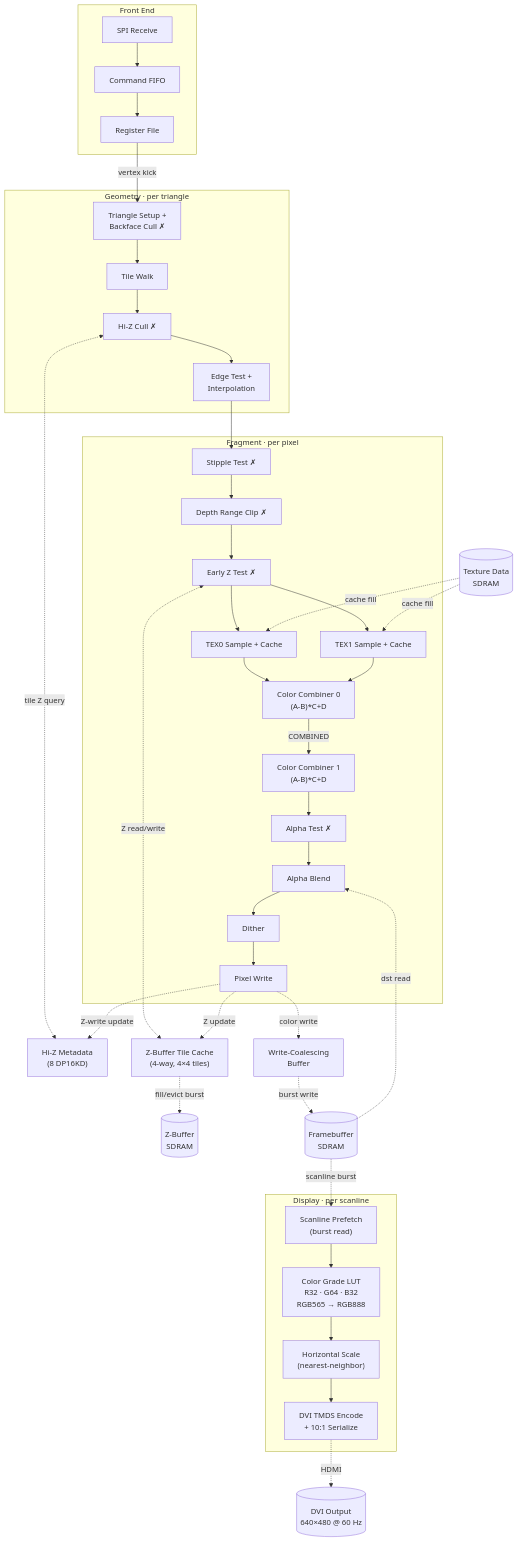
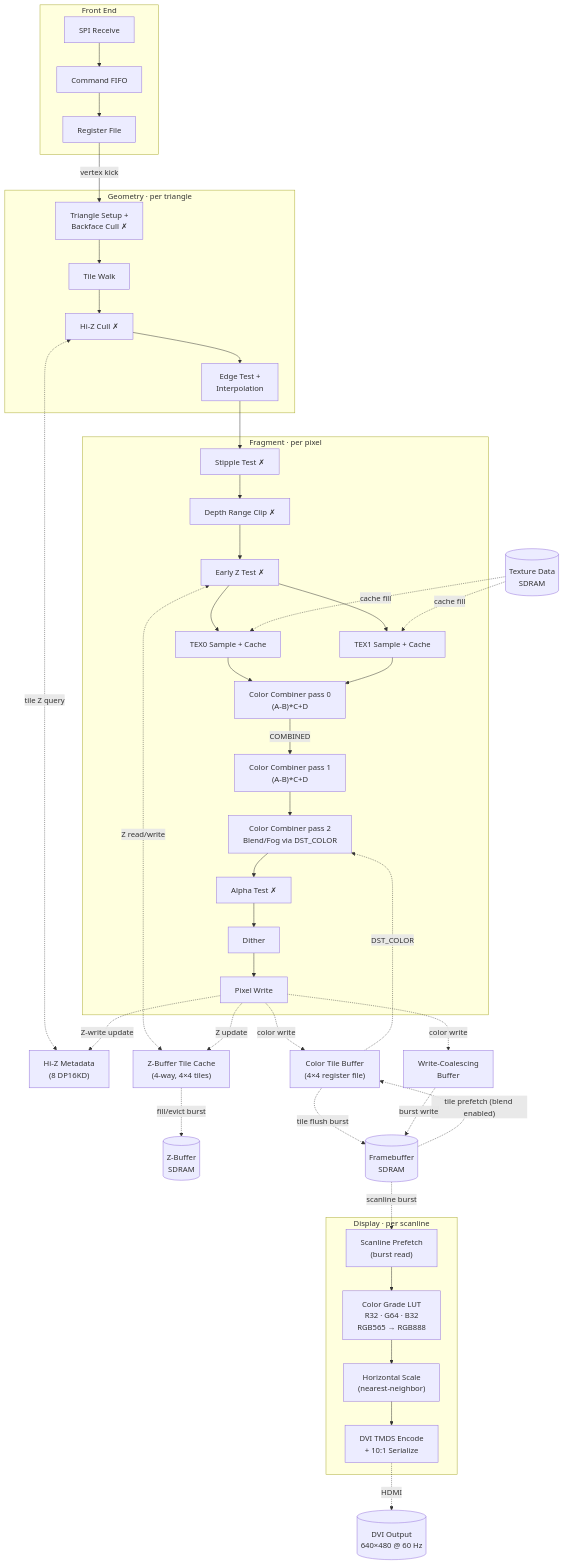
Before and after one commit to londey/pico-gs: the first of 2 diagrams in ARCHITECTURE.md, drawn with Mermaid. The commit also changed other lines of this file and 63 other files, not shown here.

````diff
--- a/ARCHITECTURE.md
+++ b/ARCHITECTURE.md
@@ -100,59 +105,63 @@
 ```mermaid
 flowchart TD
     subgraph front["Front End"]
         SPI["SPI Receive"] --> FIFO["Command FIFO"] --> REG["Register File"]
     end
 
     subgraph geom["Geometry · per triangle"]
         SETUP["Triangle Setup +<br/>Backface Cull ✗"] --> TILE["Tile Walk"] --> HIZ_CULL["Hi-Z Cull ✗"] --> EDGE["Edge Test +<br/>Interpolation"]
     end
 
     subgraph frag["Fragment · per pixel"]
         STIP["Stipple Test ✗"]
         ZRC["Depth Range Clip ✗"]
         EZ["Early Z Test ✗"]
         TEX0["TEX0 Sample + Cache"]
         TEX1["TEX1 Sample + Cache"]
-        CC0["Color Combiner 0<br/>(A-B)*C+D"]
-        CC1["Color Combiner 1<br/>(A-B)*C+D"]
+        CC0["Color Combiner pass 0<br/>(A-B)*C+D"]
+        CC1["Color Combiner pass 1<br/>(A-B)*C+D"]
+        CC2["Color Combiner pass 2<br/>Blend/Fog via DST_COLOR"]
         AT["Alpha Test ✗"]
-        AB["Alpha Blend"]
         DITH["Dither"]
         PW["Pixel Write"]
         STIP --> ZRC --> EZ --> TEX0 --> CC0
         EZ --> TEX1 --> CC0
-        CC0 -- "COMBINED" --> CC1 --> AT --> AB --> DITH --> PW
+        CC0 -- "COMBINED" --> CC1 --> CC2 --> AT --> DITH --> PW
     end
 
     REG -- "vertex kick" --> SETUP
     EDGE --> STIP
 
     HIZ_META["Hi-Z Metadata<br/>(8 DP16KD)"]
     ZCACHE["Z-Buffer Tile Cache<br/>(4-way, 4×4 tiles)"]
+    CTBUF["Color Tile Buffer<br/>(4×4 register file)"]
     WBUF["Write-Coalescing<br/>Buffer"]
     ZBUF[("Z-Buffer<br/>SDRAM")]
     TEXMEM[("Texture Data<br/>SDRAM")]
     FB[("Framebuffer<br/>SDRAM")]
 
     HIZ_CULL <-. "tile Z query" .-> HIZ_META
     PW -. "Z-write update" .-> HIZ_META
     EZ <-. "Z read/write" .-> ZCACHE
     PW -. "Z update" .-> ZCACHE
     ZCACHE -. "fill/evict burst" .-> ZBUF
     TEXMEM -. "cache fill" .-> TEX0
     TEXMEM -. "cache fill" .-> TEX1
-    FB -. "dst read" .-> AB
+    FB -. "tile prefetch (blend enabled)" .-> CTBUF
+    CTBUF -. "DST_COLOR" .-> CC2
+    PW -. "color write" .-> CTBUF
+    CTBUF -. "tile flush burst" .-> FB
     PW -. "color write" .-> WBUF
     WBUF -. "burst write" .-> FB
 
     subgraph display["Display · per scanline"]
         SCAN["Scanline Prefetch<br/>(burst read)"]
         CLUT["Color Grade LUT<br/>R32 · G64 · B32<br/>RGB565 → RGB888"]
         HSCALE["Horizontal Scale<br/>(nearest-neighbor)"]
         TMDS["DVI TMDS Encode<br/>+ 10:1 Serialize"]
         SCAN --> CLUT --> HSCALE --> TMDS
     end
 
     FB -. "scanline burst" .-> SCAN
     TMDS -. "HDMI" .-> HDMI[("DVI Output<br/>640×480 @ 60 Hz")]
 ```
````
